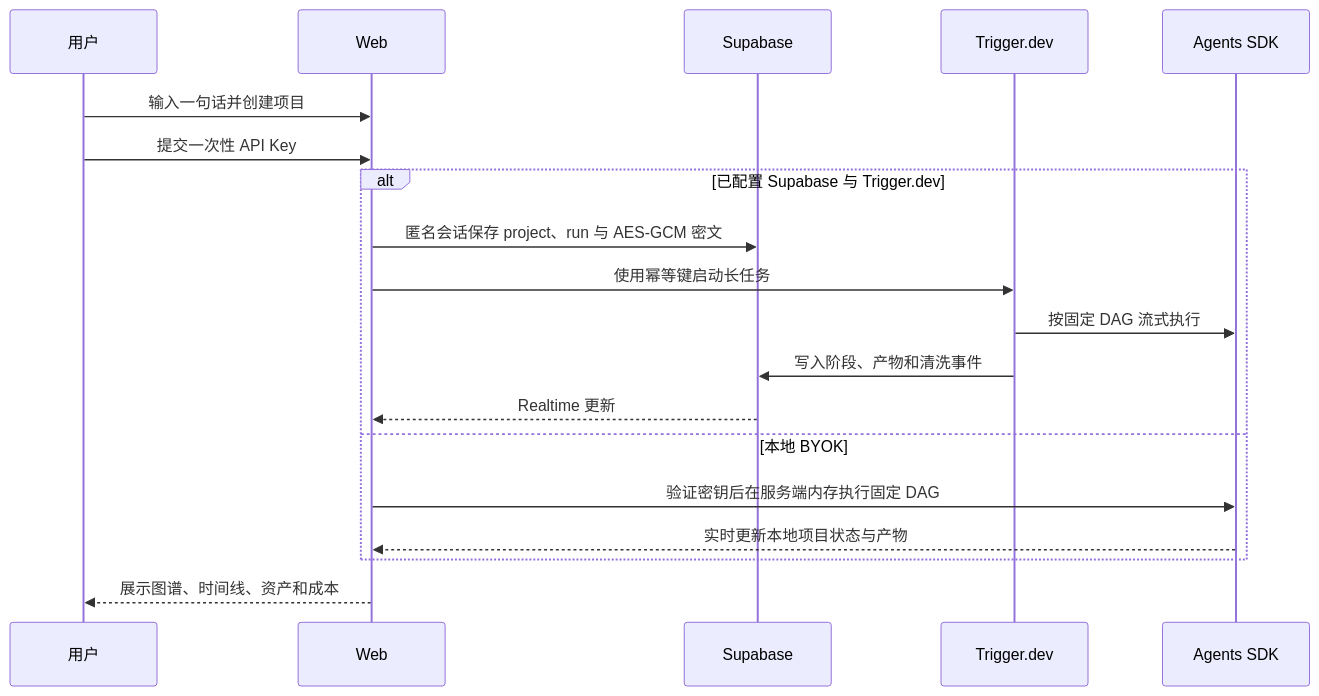
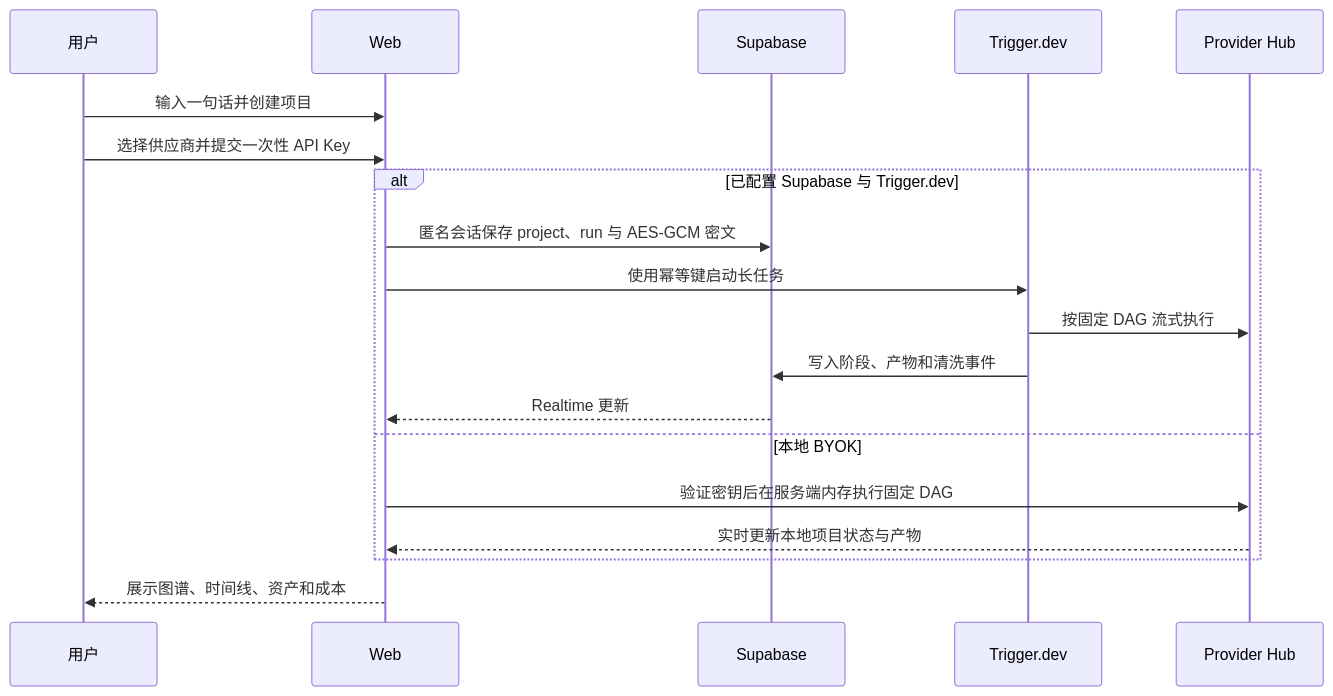
One commit to eventlp02-commits/storyforge-agent changed the third of 3 diagrams in README.md. Above: the diagram before and after it, drawn with Mermaid. The commit also changed other lines of this file and 30 other files, not shown here.

Commit message:
Add multi-provider model hub

````diff
--- a/README.md
+++ b/README.md
@@ -98,21 +99,21 @@
 ```mermaid
 sequenceDiagram
   participant U as 用户
   participant W as Web
   participant D as Supabase
   participant T as Trigger.dev
-  participant A as Agents SDK
+  participant A as Provider Hub
   U->>W: 输入一句话并创建项目
-  U->>W: 提交一次性 API Key
+  U->>W: 选择供应商并提交一次性 API Key
   alt 已配置 Supabase 与 Trigger.dev
     W->>D: 匿名会话保存 project、run 与 AES-GCM 密文
     W->>T: 使用幂等键启动长任务
     T->>A: 按固定 DAG 流式执行
     T->>D: 写入阶段、产物和清洗事件
     D-->>W: Realtime 更新
   else 本地 BYOK
     W->>A: 验证密钥后在服务端内存执行固定 DAG
     A-->>W: 实时更新本地项目状态与产物
   end
   W-->>U: 展示图谱、时间线、资产和成本
 ```
````
